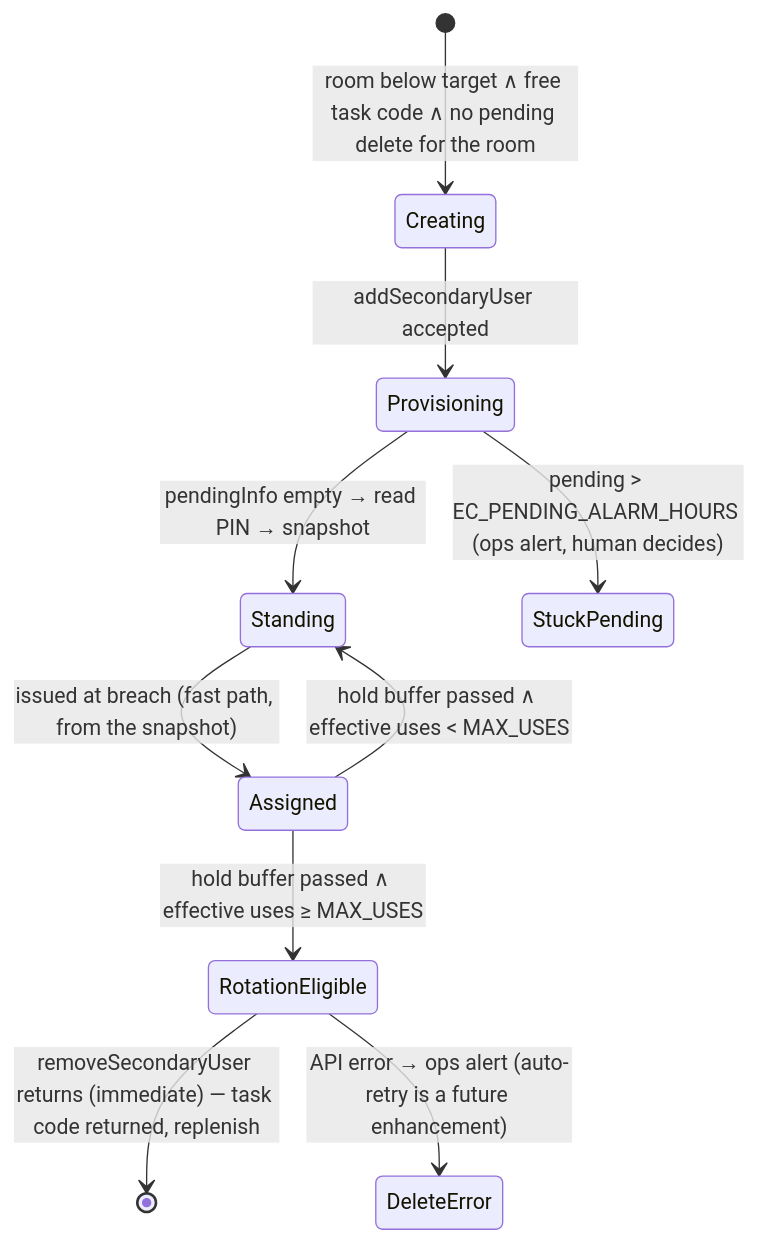
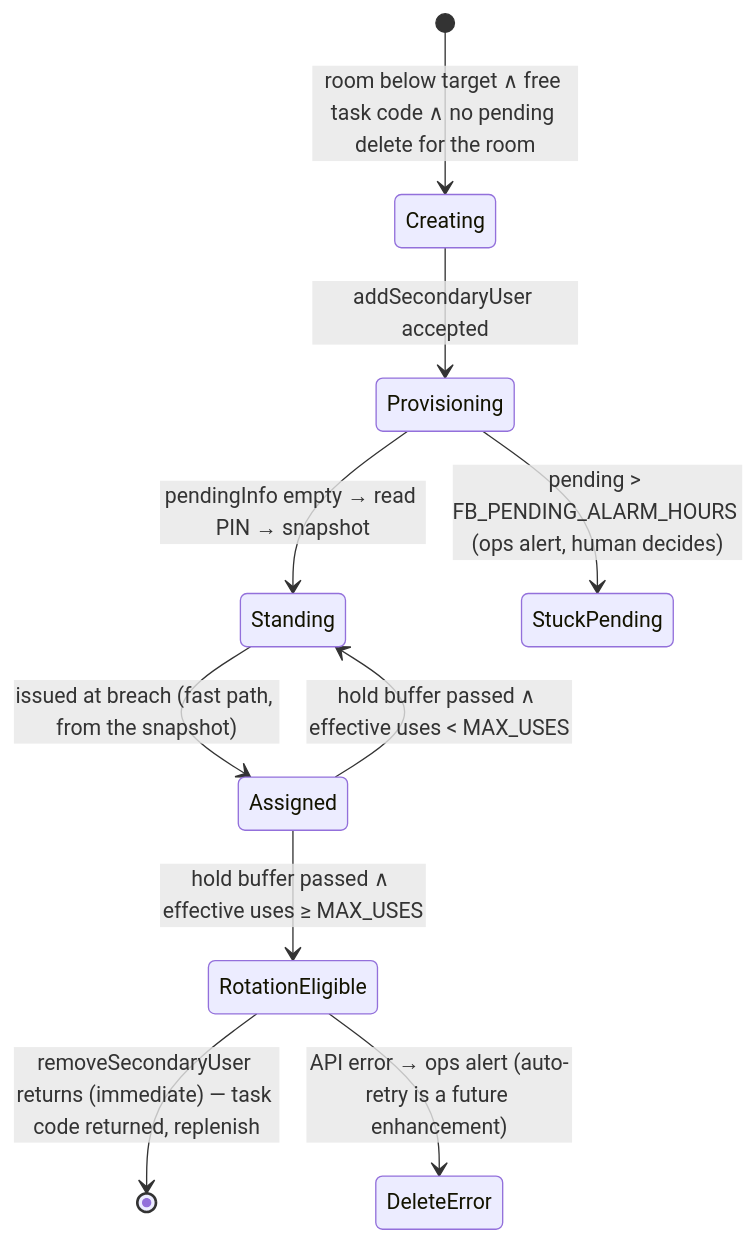
One commit to twin-digital/opus changed the second of 2 diagrams in nodejs/apps/lock-link/docs/architecture.md. Above: the diagram before and after it, drawn with Mermaid. The commit also changed other lines of this file and 3 other files, not shown here.

````diff
--- a/nodejs/apps/lock-link/docs/architecture.md
+++ b/nodejs/apps/lock-link/docs/architecture.md
@@ -474,12 +473,12 @@
 ```mermaid
 stateDiagram-v2
     [*] --> Creating: room below target ∧ free task code ∧ no pending delete for the room
     Creating --> Provisioning: addSecondaryUser accepted
     Provisioning --> Standing: pendingInfo empty → read PIN → snapshot
-    Provisioning --> StuckPending: pending > EC_PENDING_ALARM_HOURS (ops alert, human decides)
+    Provisioning --> StuckPending: pending > FB_PENDING_ALARM_HOURS (ops alert, human decides)
     Standing --> Assigned: issued at breach (fast path, from the snapshot)
     Assigned --> Standing: hold buffer passed ∧ effective uses < MAX_USES
     Assigned --> RotationEligible: hold buffer passed ∧ effective uses ≥ MAX_USES
     RotationEligible --> [*]: removeSecondaryUser returns (immediate) — task code returned, replenish
     RotationEligible --> DeleteError: API error → ops alert (auto-retry is a future enhancement)
 ```
````
